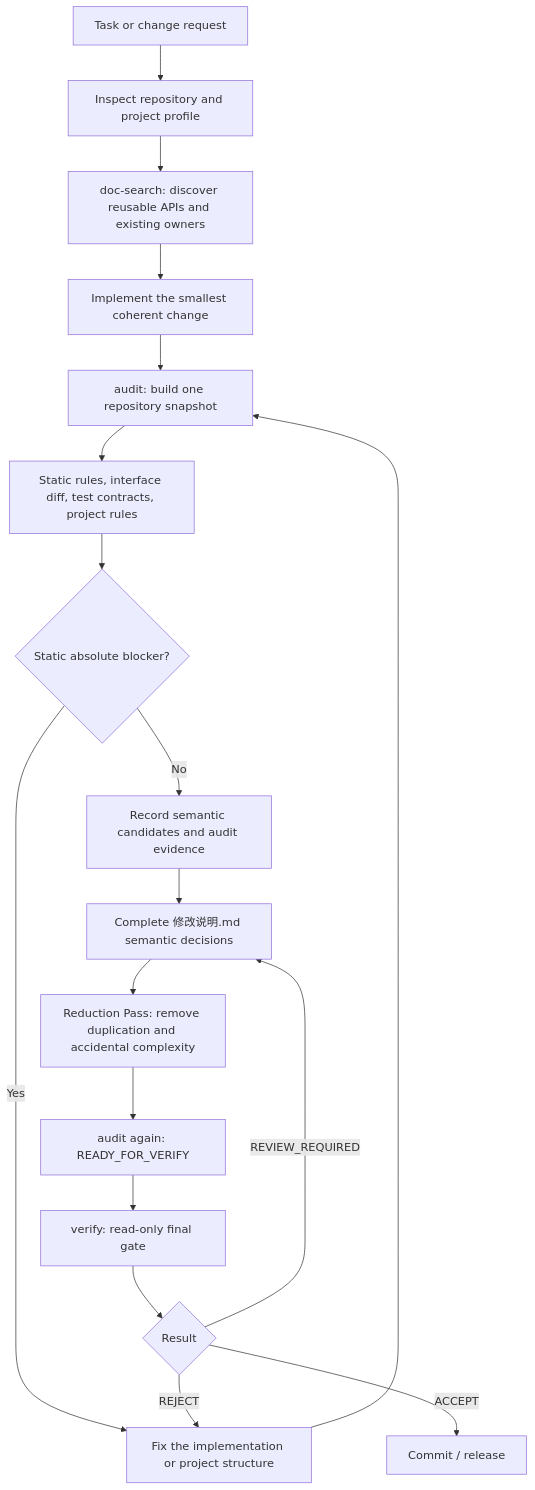
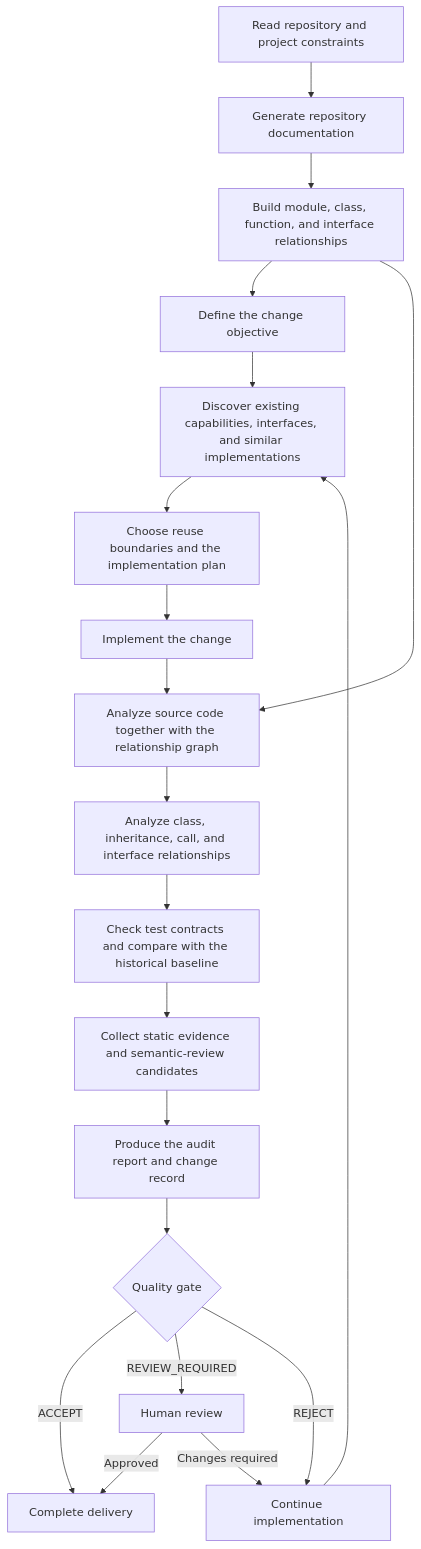
The diagram in README.md (shijunfeng00/repository-quality-guard), drawn with Mermaid before and after one commit. The commit also changed other lines of this file and 6 other files, not shown here.

````diff
--- a/README.md
+++ b/README.md
@@ -11,20 +32,30 @@
 ```mermaid
 flowchart TD
-    A[Task or change request] --> B[Inspect repository and project profile]
-    B --> C[doc-search: discover reusable APIs and existing owners]
-    C --> D[Implement the smallest coherent change]
-    D --> E[audit: build one repository snapshot]
-    E --> F[Static rules, interface diff, test contracts, project rules]
-    F --> G{Static absolute blocker?}
-    G -- Yes --> H[Fix the implementation or project structure]
-    H --> E
-    G -- No --> I[Record semantic candidates and audit evidence]
-    I --> J[Complete 修改说明.md semantic decisions]
-    J --> K[Reduction Pass: remove duplication and accidental complexity]
-    K --> L[audit again: READY_FOR_VERIFY]
-    L --> M[verify: read-only final gate]
-    M --> N{Result}
-    N -- ACCEPT --> O[Commit / release]
-    N -- REVIEW_REQUIRED --> J
-    N -- REJECT --> H
+    A[Read repository and project constraints]
+    B[Generate repository documentation]
+    C[Build module, class, function, and interface relationships]
+    D[Define the change objective]
+    E[Discover existing capabilities, interfaces, and similar implementations]
+    F[Choose reuse boundaries and the implementation plan]
+    G[Implement the change]
+    H[Analyze source code together with the relationship graph]
+    I[Analyze class, inheritance, call, and interface relationships]
+    J[Check test contracts and compare with the historical baseline]
+    K[Collect static evidence and semantic-review candidates]
+    L[Produce the audit report and change record]
+    M{Quality gate}
+    N[Complete delivery]
+    O[Human review]
+    P[Continue implementation]
+
+    A --> B --> C --> D --> E --> F --> G
+    G --> H
+    C --> H
+    H --> I --> J --> K --> L --> M
+    M -->|ACCEPT| N
+    M -->|REVIEW_REQUIRED| O
+    M -->|REJECT| P
+    O -->|Approved| N
+    O -->|Changes required| P
+    P --> E
 ```
````
